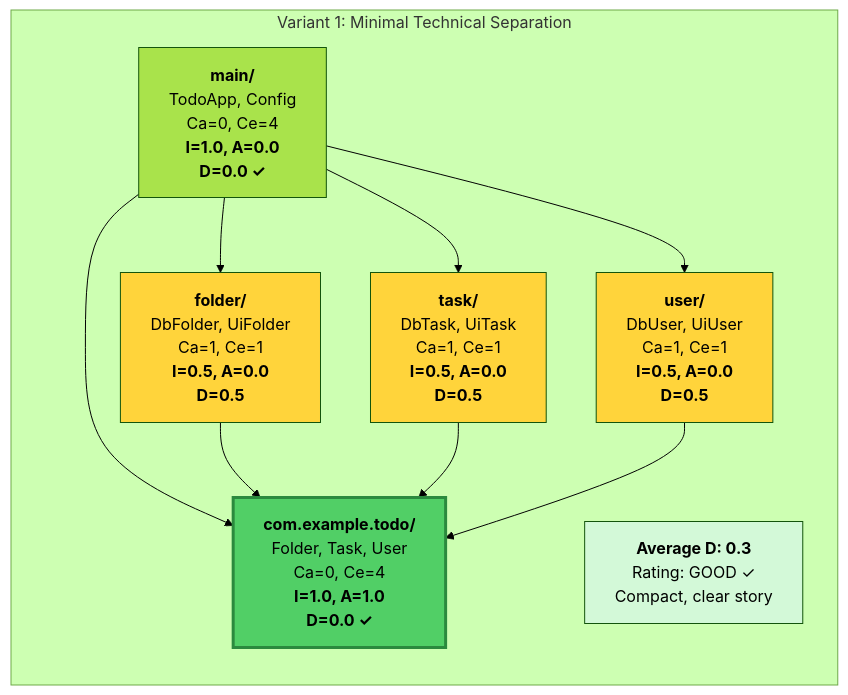
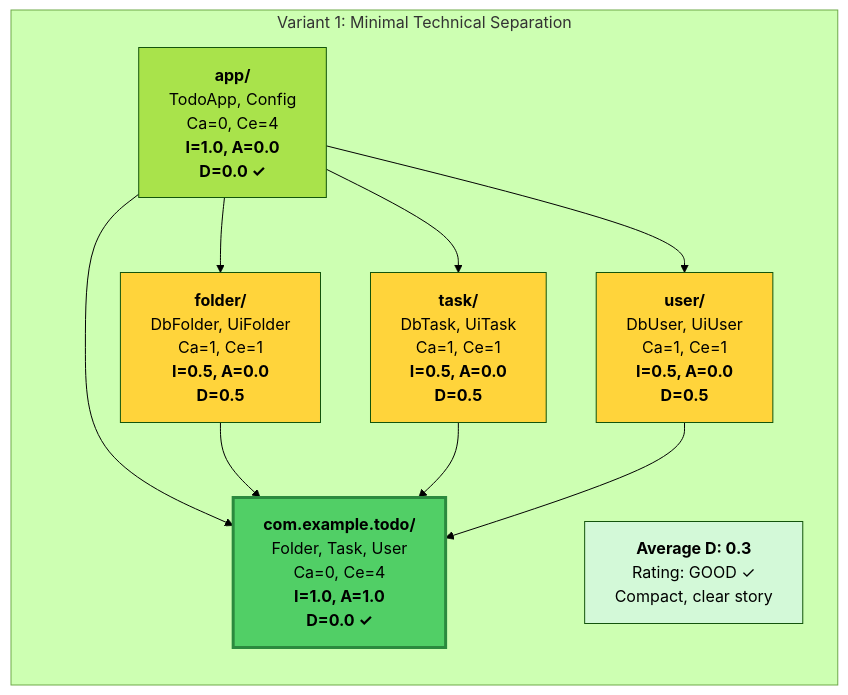
Before and after one commit to andreas-wagner-dev/object-oriented-learning-journey: the first of 15 diagrams in blog/how_to_structure_and_naming_code_like_a_pro.md, drawn with Mermaid (forest theme).

````diff
--- a/blog/how_to_structure_and_naming_code_like_a_pro.md
+++ b/blog/how_to_structure_and_naming_code_like_a_pro.md
@@ -558,35 +558,35 @@
 ```mermaid
 graph TB
     subgraph "Variant 1: Minimal Technical Separation"
         direction TB
         
         V1_ROOT["<b>com.example.todo/</b><br/>Folder, Task, User<br/>Ca=0, Ce=4<br/><b>I=1.0, A=1.0</b><br/><b>D=0.0 ✓</b>"]
         
         V1_FOLDER["<b>folder/</b><br/>DbFolder, UiFolder<br/>Ca=1, Ce=1<br/><b>I=0.5, A=0.0</b><br/><b>D=0.5</b>"]
         
         V1_TASK["<b>task/</b><br/>DbTask, UiTask<br/>Ca=1, Ce=1<br/><b>I=0.5, A=0.0</b><br/><b>D=0.5</b>"]
         
         V1_USER["<b>user/</b><br/>DbUser, UiUser<br/>Ca=1, Ce=1<br/><b>I=0.5, A=0.0</b><br/><b>D=0.5</b>"]
         
-        V1_MAIN["<b>main/</b><br/>TodoApp, Config<br/>Ca=0, Ce=4<br/><b>I=1.0, A=0.0</b><br/><b>D=0.0 ✓</b>"]
+        V1_MAIN["<b>app/</b><br/>TodoApp, Config<br/>Ca=0, Ce=4<br/><b>I=1.0, A=0.0</b><br/><b>D=0.0 ✓</b>"]
         
         V1_MAIN --> V1_ROOT
         V1_MAIN --> V1_FOLDER
         V1_MAIN --> V1_TASK
         V1_MAIN --> V1_USER
         
         V1_FOLDER --> V1_ROOT
         V1_TASK --> V1_ROOT
         V1_USER --> V1_ROOT
         
         style V1_ROOT fill:#51cf66,stroke:#2b8a3e,stroke-width:3px,color:#000
         style V1_FOLDER fill:#ffd43b,color:#000
         style V1_TASK fill:#ffd43b,color:#000
         style V1_USER fill:#ffd43b,color:#000
         style V1_MAIN fill:#a9e34b,color:#000
         
         V1_RESULT["<b>Average D: 0.3</b><br/>Rating: GOOD ✓<br/>Compact, clear story"]
         style V1_RESULT fill:#d3f9d8,color:#000
     end
 
 ```
````
